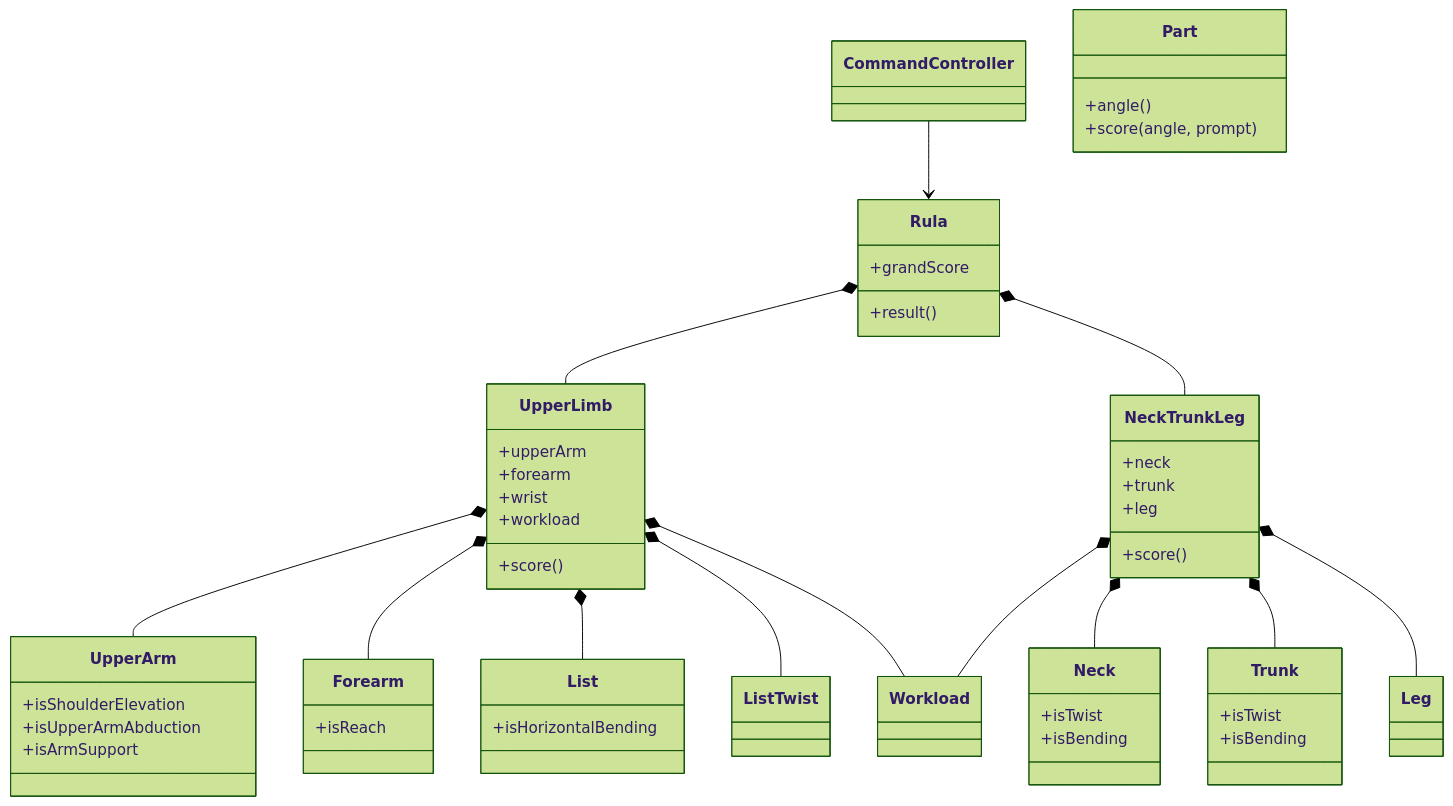
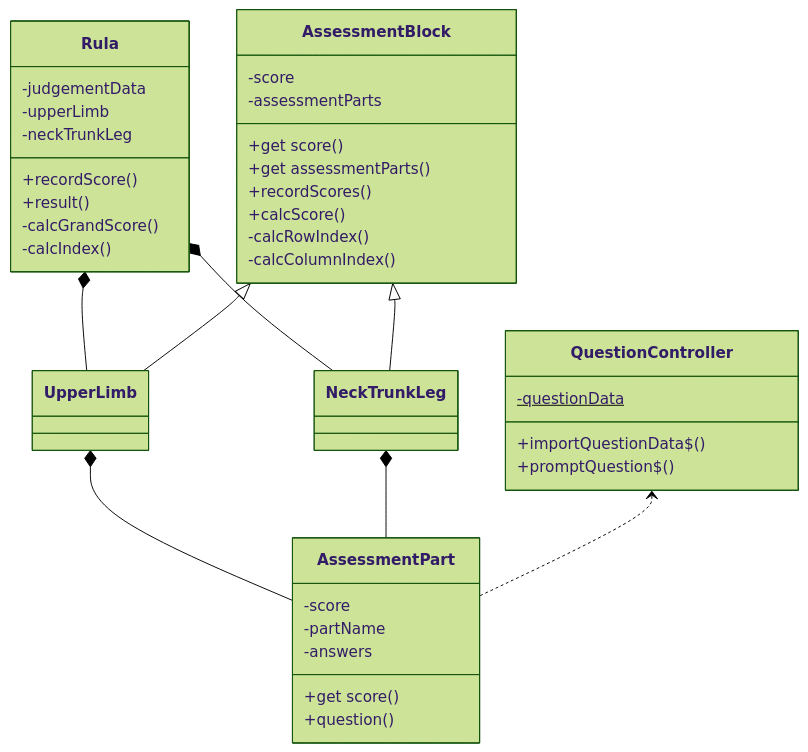
One commit to Shrimprin/rula_npm changed the diagram in class_diagram.md. Above: the diagram before and after it, drawn with Mermaid (forest theme).

Commit message:
クラス図を作成

````diff
--- a/class_diagram.md
+++ b/class_diagram.md
@@ -1,82 +1,51 @@
 ```mermaid
 classDiagram
   class Rula {
+    -judgementData
+    -upperLimb
+    -neckTrunkLeg
+    +recordScore()
     +result()
-    +grandScore
+    -calcGrandScore()
+    -calcIndex()
   }
 
-  class CommandController {
-
-  }
-
-  class Part {
-    +angle()
-    +score(angle, prompt)
+  class AssessmentBlock {
+    -score
+    -assessmentParts
+    +get score()
+    +get assessmentParts()
+    +recordScores()
+    +calcScore()
+    -calcRowIndex()
+    -calcColumnIndex()
   }
 
   class UpperLimb {
-    +score()
-    +upperArm
-    +forearm
-    +wrist
-    +workload
-  }
-
-  class UpperArm {
-    +isShoulderElevation
-    +isUpperArmAbduction
-    +isArmSupport
-  }
-
-  class Forearm {
-    +isReach
-  }
-
-  class List {
-    +isHorizontalBending
-  }
-
-  class ListTwist {
-
   }
 
   class NeckTrunkLeg {
-    +score()
-    +neck
-    +trunk
-    +leg
   }
 
-  class Neck {
-    +isTwist
-    +isBending
+  class AssessmentPart {
+    -score
+    -partName
+    -answers
+    +get score()
+    +question()
   }
 
-  class Trunk {
-    +isTwist
-    +isBending
+  class QuestionController {
+    -questionData$
+    +importQuestionData$()
+    +promptQuestion$()
   }
 
-  class Leg {
-
-  }
-
-  class Workload {
-
-  }
-
-  CommandController --> Rula
   Rula *-- UpperLimb
   Rula *-- NeckTrunkLeg
-  UpperLimb *-- UpperArm
-  UpperLimb *-- Forearm
-  UpperLimb *-- List
-  UpperLimb *-- ListTwist
-  UpperLimb *-- Workload
-  NeckTrunkLeg *-- Neck
-  NeckTrunkLeg *-- Trunk
-  NeckTrunkLeg *-- Leg
-  NeckTrunkLeg *-- Workload
-
-
+  UpperLimb *-- AssessmentPart
+  NeckTrunkLeg *-- AssessmentPart
+  AssessmentBlock <|-- UpperLimb
+  AssessmentBlock <|-- NeckTrunkLeg
+  QuestionController <.. AssessmentPart
 ```
````
